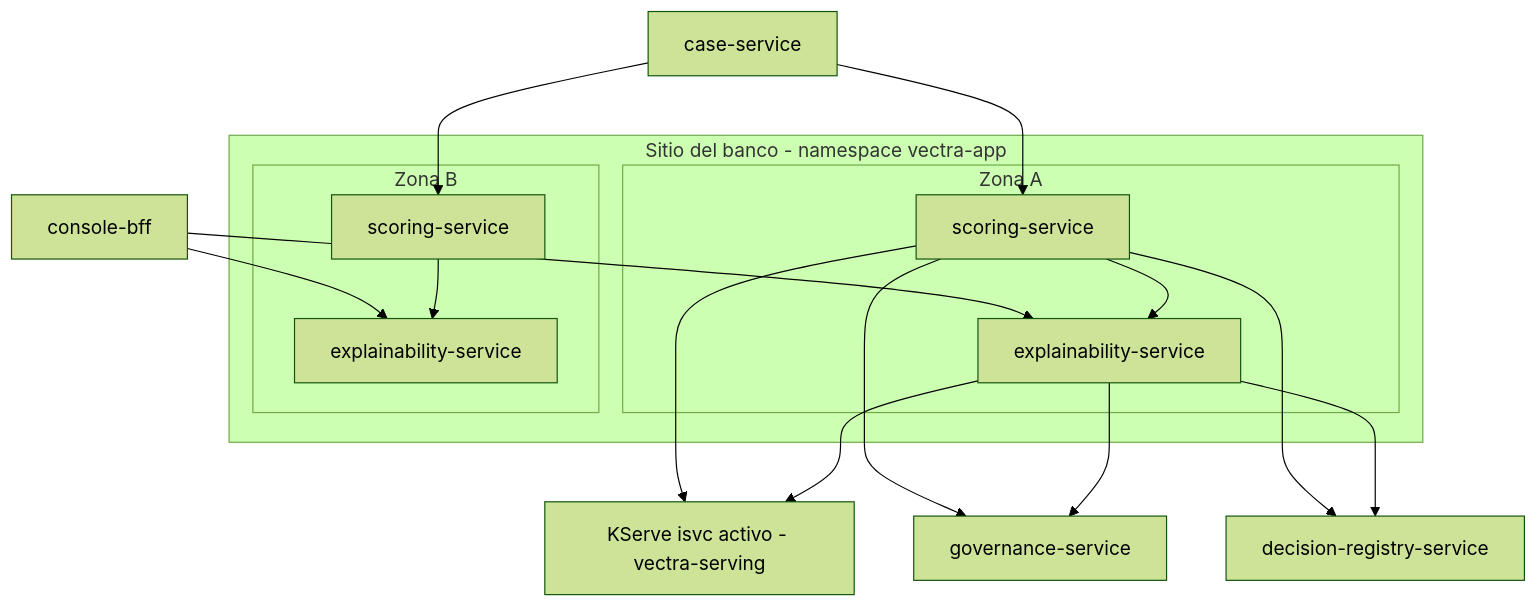
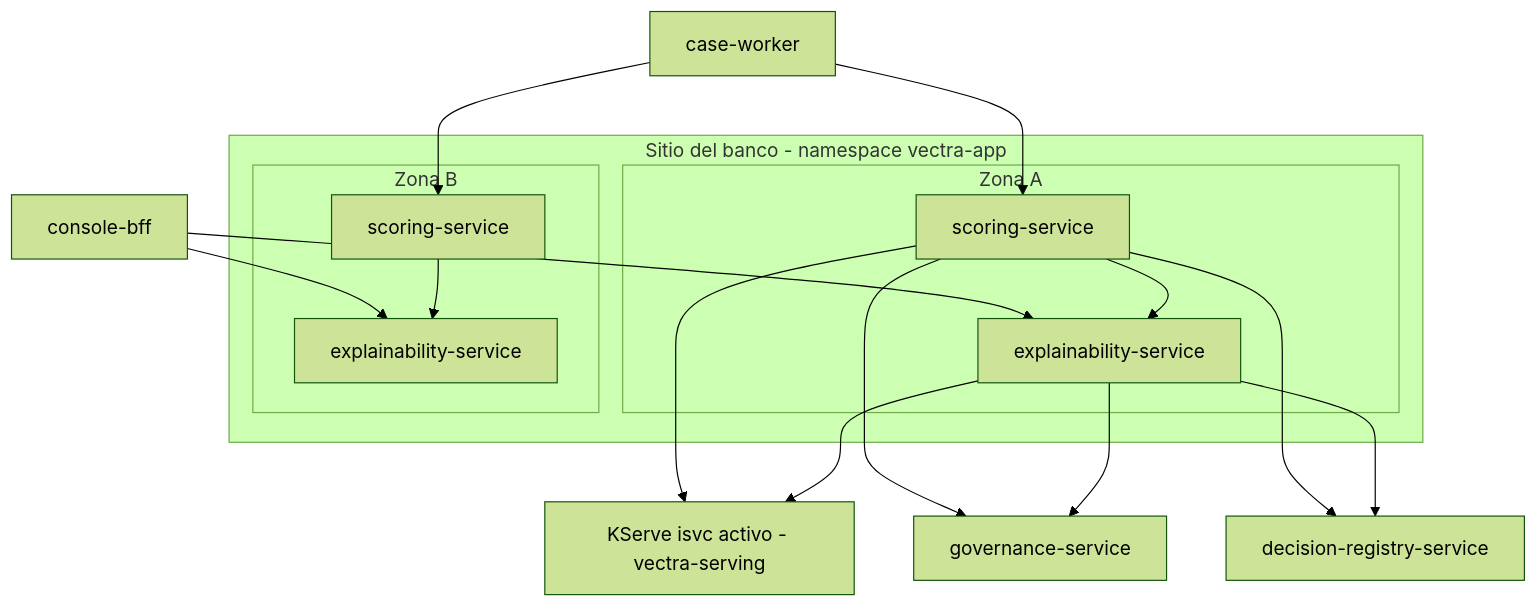
One commit to jjlloobb/topicos-especiales-credito-de-vivienda changed the diagram in vectra-risk/aidlc-docs/construction/scoring-explainability/infrastructure-design/deployment-architecture.md. Above: the diagram before and after it, drawn with Mermaid (forest theme). The commit also changed other lines of this file and 96 other files, not shown here.

````diff
--- a/vectra-risk/aidlc-docs/construction/scoring-explainability/infrastructure-design/deployment-architecture.md
+++ b/vectra-risk/aidlc-docs/construction/scoring-explainability/infrastructure-design/deployment-architecture.md
@@ -11,31 +11,31 @@
 ```mermaid
 flowchart TB
     subgraph site["Sitio del banco - namespace vectra-app"]
         subgraph zoneA["Zona A"]
             sA["scoring-service"]
             eA["explainability-service"]
         end
         subgraph zoneB["Zona B"]
             sB["scoring-service"]
             eB["explainability-service"]
         end
     end
-    case["case-service"]
+    case["case-worker"]
     bff["console-bff"]
     gov["governance-service"]
     isvc["KServe isvc activo - vectra-serving"]
     reg["decision-registry-service"]
 
     case --> sA
     case --> sB
     bff --> eA
     bff --> eB
     sA --> eA
     sB --> eB
     sA --> gov
     sA --> isvc
     sA --> reg
     eA --> isvc
     eA --> gov
     eA --> reg
 ```
````
